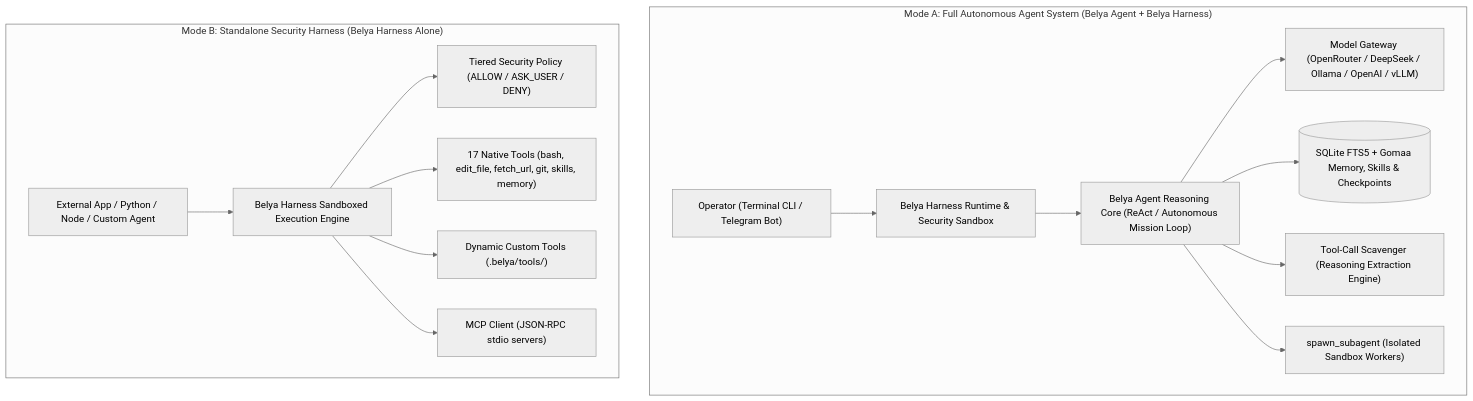
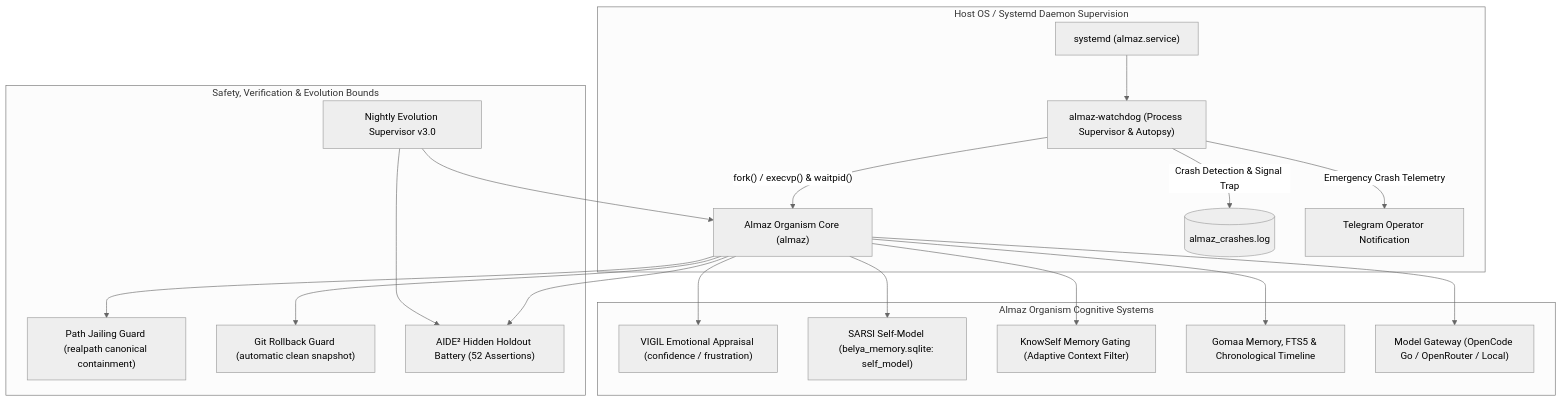
Before and after one commit to M4F-S/Almaz: the diagram in README.md, drawn with Mermaid (neutral theme). The commit also changed other lines of this file, not shown here.

Commit message:
docs: complete overhaul of Almaz README for sovereign organism v0.1.0

````diff
--- a/README.md
+++ b/README.md
@@ -66,19 +69,25 @@
 ```mermaid
 graph TD
-    subgraph "Mode A: Full Autonomous Agent System (Belya Agent + Belya Harness)"
-        User["Operator (Terminal CLI / Telegram Bot)"] --> H["Belya Harness Runtime & Security Sandbox"]
-        H --> A["Belya Agent Reasoning Core (ReAct / Autonomous Mission Loop)"]
-        A --> GW["Model Gateway (OpenRouter / DeepSeek / Ollama / OpenAI / vLLM)"]
-        A --> DB[("SQLite FTS5 + Gomaa Memory, Skills & Checkpoints")]
-        A --> SCAV["Tool-Call Scavenger (Reasoning Extraction Engine)"]
-        A --> SUB["spawn_subagent (Isolated Sandbox Workers)"]
+    subgraph "Host OS / Systemd Daemon Supervision"
+        Systemd["systemd (almaz.service)"] --> Watchdog["almaz-watchdog (Process Supervisor & Autopsy)"]
+        Watchdog -- "fork() / execvp() & waitpid()" --> AlmazCore["Almaz Organism Core (almaz)"]
+        Watchdog -- "Crash Detection & Signal Trap" --> CrashLog[("almaz_crashes.log")]
+        Watchdog -- "Emergency Crash Telemetry" --> TGOut["Telegram Operator Notification"]
     end
 
-    subgraph "Mode B: Standalone Security Harness (Belya Harness Alone)"
-        Ext["External App / Python / Node / Custom Agent"] --> H2["Belya Harness Sandboxed Execution Engine"]
-        H2 --> SEC["Tiered Security Policy (ALLOW / ASK_USER / DENY)"]
-        H2 --> T1["17 Native Tools (bash, edit_file, fetch_url, git, skills, memory)"]
-        H2 --> T2["Dynamic Custom Tools (.belya/tools/)"]
-        H2 --> T3["MCP Client (JSON-RPC stdio servers)"]
+    subgraph "Almaz Organism Cognitive Systems"
+        AlmazCore --> VIGIL["VIGIL Emotional Appraisal (confidence / frustration)"]
+        AlmazCore --> SARSI["SARSI Self-Model (belya_memory.sqlite: self_model)"]
+        AlmazCore --> KnowSelf["KnowSelf Memory Gating (Adaptive Context Filter)"]
+        AlmazCore --> Gomaa["Gomaa Memory, FTS5 & Chronological Timeline"]
+        AlmazCore --> Gateway["Model Gateway (OpenCode Go / OpenRouter / Local)"]
+    end
+
+    subgraph "Safety, Verification & Evolution Bounds"
+        AlmazCore --> Jail["Path Jailing Guard (realpath canonical containment)"]
+        AlmazCore --> Rollback["Git Rollback Guard (automatic clean snapshot)"]
+        AlmazCore --> Holdout["AIDE² Hidden Holdout Battery (52 Assertions)"]
+        Evolution["Nightly Evolution Supervisor v3.0"] --> Holdout
+        Evolution --> AlmazCore
     end
 ```
````
